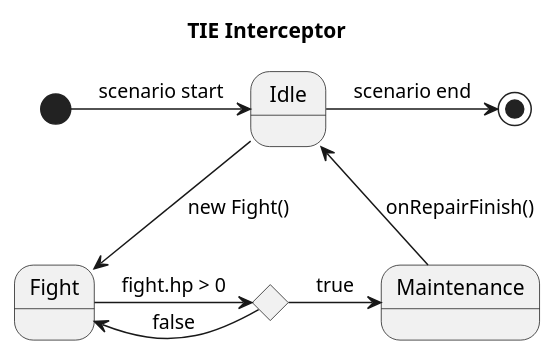
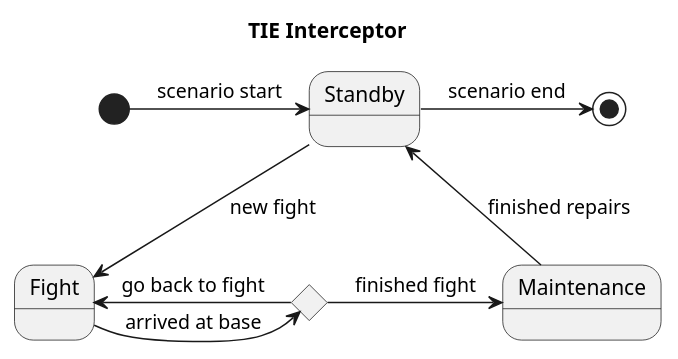
The diagram in Documentation/Diagrams/State/Fight.puml (darkhappy/flightsim), drawn with PlantUML before and after one commit. The commit also changed 3 other files, not shown here.

Commit message:
UML: Basically done (probably needs finishing touches)

```diff
--- a/Documentation/Diagrams/State/Fight.puml
+++ b/Documentation/Diagrams/State/Fight.puml
@@ -1,21 +1,21 @@
 @startuml
 'https://plantuml.com/state-diagram
 Title TIE Interceptor 
 
-state Idle
+state Standby
 state Fight
 state c <<choice>>
 state Maintenance
 
-[*] -> Idle : scenario start
-Idle --> Fight : new Fight()
+[*] -> Standby : scenario start
+Standby --> Fight : new fight
 
-Fight -> c : fight.hp > 0
-c -> Maintenance : true
-c -> Fight : false
+Fight -> c : arrived at base 
+c -> Fight : go back to fight
+c -> Maintenance : finished fight
 
-Maintenance -> Idle : onRepairFinish()
+Maintenance -> Standby : finished repairs 
 
-Idle -> [*] : scenario end
+Standby -> [*] : scenario end
 
 @enduml
```
